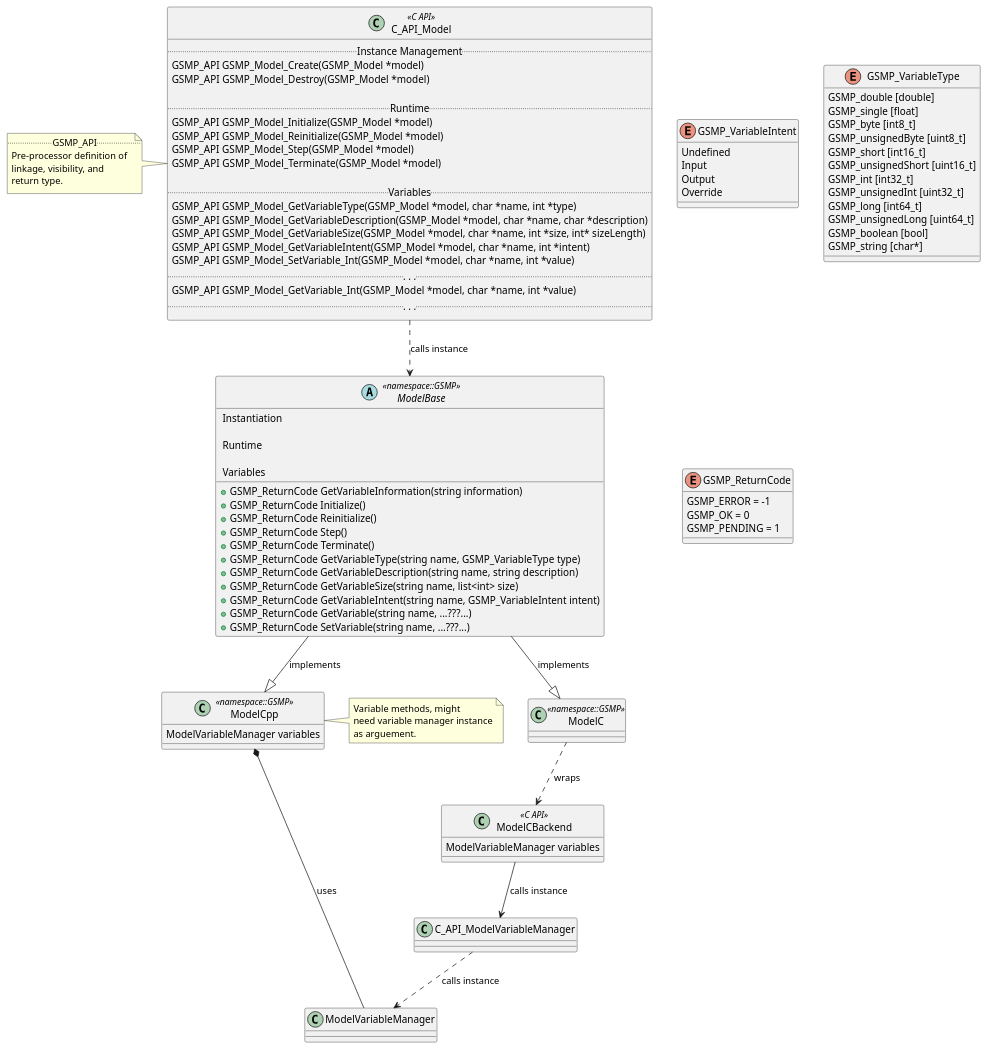
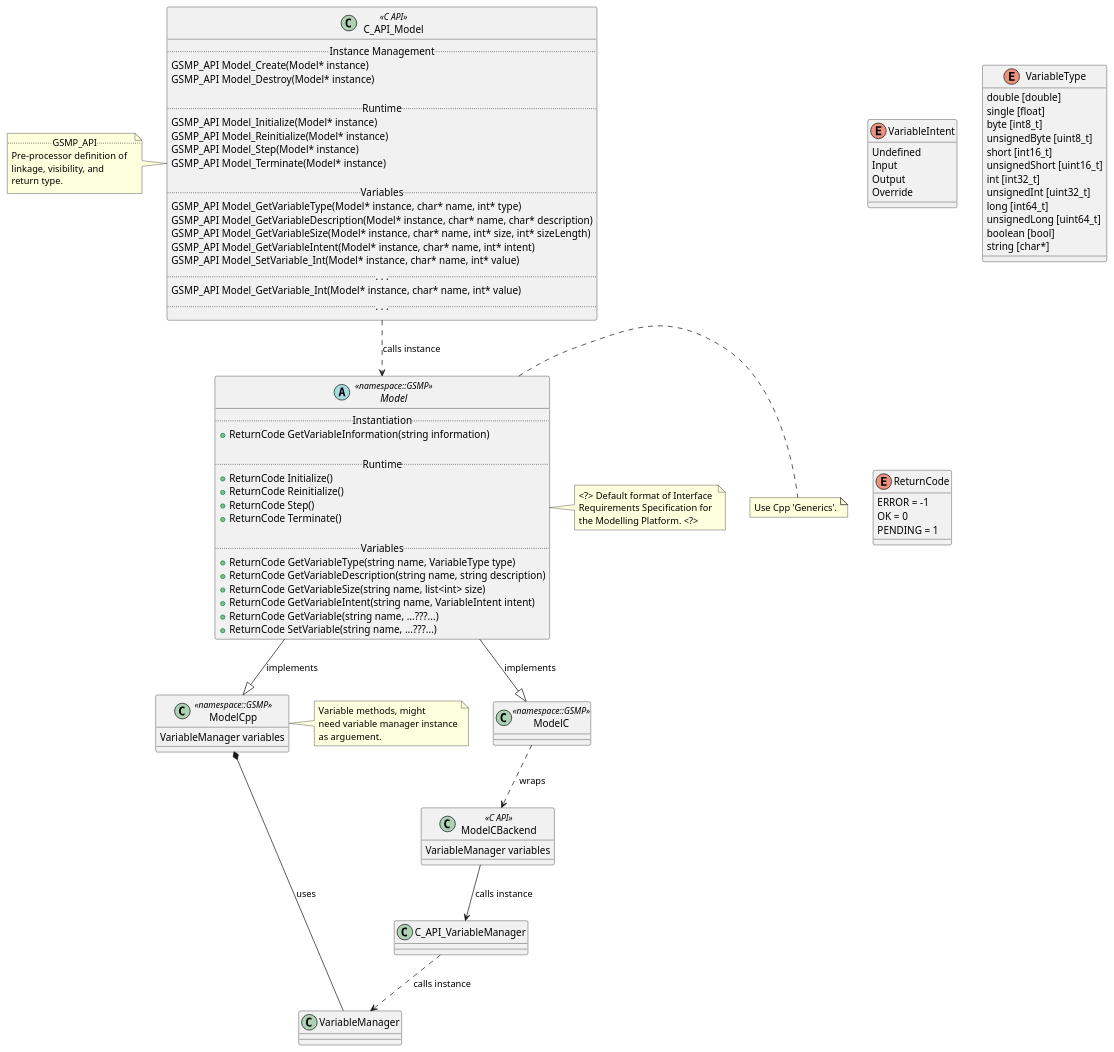
The diagram in docs/PlantUML/diagrams/src/L4_ClassDiagrams/L4_ClassDiagram-Model.puml (wheelerMT/GSMP), drawn with PlantUML before and after one commit. The commit also changed 1 other file, not shown here.

```diff
--- a/docs/PlantUML/diagrams/src/L4_ClassDiagrams/L4_ClassDiagram-Model.puml
+++ b/docs/PlantUML/diagrams/src/L4_ClassDiagrams/L4_ClassDiagram-Model.puml
@@ -1,118 +1,126 @@
-@startuml L4_Class Diagram - Variable
+@startuml L4_Class Diagram - Model
 'https://plantuml.com/class-diagram
 
 class C_API_Model <<C API>> {
     .. Instance Management ..
-    GSMP_API GSMP_Model_Create(GSMP_Model *model)
-    GSMP_API GSMP_Model_Destroy(GSMP_Model *model)
+    GSMP_API Model_Create(Model* instance)
+    GSMP_API Model_Destroy(Model* instance)
 
     .. Runtime ..
-    GSMP_API GSMP_Model_Initialize(GSMP_Model *model)
-    GSMP_API GSMP_Model_Reinitialize(GSMP_Model *model)
-    GSMP_API GSMP_Model_Step(GSMP_Model *model)
-    GSMP_API GSMP_Model_Terminate(GSMP_Model *model)
+    GSMP_API Model_Initialize(Model* instance)
+    GSMP_API Model_Reinitialize(Model* instance)
+    GSMP_API Model_Step(Model* instance)
+    GSMP_API Model_Terminate(Model* instance)
 
     .. Variables ..
-    GSMP_API GSMP_Model_GetVariableType(GSMP_Model *model, char *name, int *type)
-    GSMP_API GSMP_Model_GetVariableDescription(GSMP_Model *model, char *name, char *description)
-    GSMP_API GSMP_Model_GetVariableSize(GSMP_Model *model, char *name, int *size, int* sizeLength)
-    GSMP_API GSMP_Model_GetVariableIntent(GSMP_Model *model, char *name, int *intent)
-    GSMP_API GSMP_Model_SetVariable_Int(GSMP_Model *model, char *name, int *value)
+    GSMP_API Model_GetVariableType(Model* instance, char* name, int* type)
+    GSMP_API Model_GetVariableDescription(Model* instance, char* name, char* description)
+    GSMP_API Model_GetVariableSize(Model* instance, char* name, int* size, int* sizeLength)
+    GSMP_API Model_GetVariableIntent(Model* instance, char* name, int* intent)
+    GSMP_API Model_SetVariable_Int(Model* instance, char* name, int* value)
     ..  . . .  ..
-    GSMP_API GSMP_Model_GetVariable_Int(GSMP_Model *model, char *name, int *value)
+    GSMP_API Model_GetVariable_Int(Model* instance, char* name, int* value)
     ..  . . .  ..
 }
 
-abstract ModelBase <<namespace::GSMP>> {
+note left of C_API_Model
+    .. GSMP_API ..
+    Pre-processor definition of
+    linkage, visibility, and
+    return type.
+end note
+
+abstract Model <<namespace::GSMP>> {
     ' - GSMP_PlatformOptions platform ' FUTURE WORK
-    ' - GSMP_ModelOptions options ' FUTURE WORK
-
+    ' - ModelOptions options ' FUTURE WORK
     .. Instantiation ..
-    + GSMP_ReturnCode GetVariableInformation(string information)
+    + ReturnCode GetVariableInformation(string information)
 
     .. Runtime ..
-    + GSMP_ReturnCode Initialize()
-    + GSMP_ReturnCode Reinitialize()
-    + GSMP_ReturnCode Step()
-    + GSMP_ReturnCode Terminate()
+    + ReturnCode Initialize()
+    + ReturnCode Reinitialize()
+    + ReturnCode Step()
+    + ReturnCode Terminate()
 
     .. Variables ..
-    + GSMP_ReturnCode GetVariableType(string name, GSMP_VariableType type)
-    + GSMP_ReturnCode GetVariableDescription(string name, string description)
-    + GSMP_ReturnCode GetVariableSize(string name, list<int> size)
-    + GSMP_ReturnCode GetVariableIntent(string name, GSMP_VariableIntent intent)
-    + GSMP_ReturnCode GetVariable(string name, ...???...)
-    + GSMP_ReturnCode SetVariable(string name, ...???...)
+    + ReturnCode GetVariableType(string name, VariableType type)
+    + ReturnCode GetVariableDescription(string name, string description)
+    + ReturnCode GetVariableSize(string name, list<int> size)
+    + ReturnCode GetVariableIntent(string name, VariableIntent intent)
+    + ReturnCode GetVariable(string name, ...???...)
+    + ReturnCode SetVariable(string name, ...???...)
 }
 
+note right of Model
+    <?> Default format of Interface 
+    Requirements Specification for
+    the Modelling Platform. <?>
+end note
+
+note right of Model
+    Use Cpp 'Generics'.
+end note
+
 class ModelCpp <<namespace::GSMP>> {
-    ModelVariableManager variables
+    VariableManager variables
 }
 
 class ModelC <<namespace::GSMP>> {
 }
 
 class ModelCBackend <<C API>> {
-    ModelVariableManager variables
+    VariableManager variables
 }
-
-' -- Notes --
-note left of C_API_Model
-    .. GSMP_API ..
-    Pre-processor definition of
-    linkage, visibility, and
-    return type.
-end note
 
 note left of ModelCpp
     Variable methods, might 
     need variable manager instance
     as arguement.
 end note
 
 ' -- Relationships --
 ' Define Cpp relationships
-ModelBase --|> ModelCpp : implements
-ModelCpp *-- ModelVariableManager : uses
+Model --|> ModelCpp : implements
+ModelCpp *-- VariableManager : uses
 
 ' Define C Relationships (including Cpp components)
-C_API_Model ..> ModelBase : calls instance
-ModelBase --|> ModelC : implements
+C_API_Model ..> Model : calls instance
+Model --|> ModelC : implements
 ModelC ..> ModelCBackend : wraps
-ModelCBackend --> C_API_ModelVariableManager : calls instance
-C_API_ModelVariableManager ..> ModelVariableManager : calls instance
+ModelCBackend --> C_API_VariableManager : calls instance
+C_API_VariableManager ..> VariableManager : calls instance
 
-' C_API_Model --> GSMP_ReturnCode : uses
-' C_API_Model --> GSMP_VariableIntent : uses
-' C_API_Model --> GSMP_VariableType : uses
+' C_API_Model --> ReturnCode : uses
+' C_API_Model --> VariableIntent : uses
+' C_API_Model --> VariableType : uses
 
 ' -- Enumerated Type Definitions --
-enum GSMP_VariableIntent {
+enum VariableIntent {
     Undefined
     Input
     Output
     Override
 }
 
-enum GSMP_VariableType {
-    GSMP_double [double]
-    GSMP_single [float]
-    GSMP_byte [int8_t]
-    GSMP_unsignedByte [uint8_t]
-    GSMP_short [int16_t]
-    GSMP_unsignedShort [uint16_t]
-    GSMP_int [int32_t]
-    GSMP_unsignedInt [uint32_t]
-    GSMP_long [int64_t]
-    GSMP_unsignedLong [uint64_t]
-    GSMP_boolean [bool]
-    GSMP_string [char*]
+enum VariableType {
+    double [double]
+    single [float]
+    byte [int8_t]
+    unsignedByte [uint8_t]
+    short [int16_t]
+    unsignedShort [uint16_t]
+    int [int32_t]
+    unsignedInt [uint32_t]
+    long [int64_t]
+    unsignedLong [uint64_t]
+    boolean [bool]
+    string [char*]
 }
 
-enum GSMP_ReturnCode {
-    GSMP_ERROR = -1
-    GSMP_OK = 0
-    GSMP_PENDING = 1
+enum ReturnCode {
+    ERROR = -1
+    OK = 0
+    PENDING = 1
 }
 
 @enduml
```
